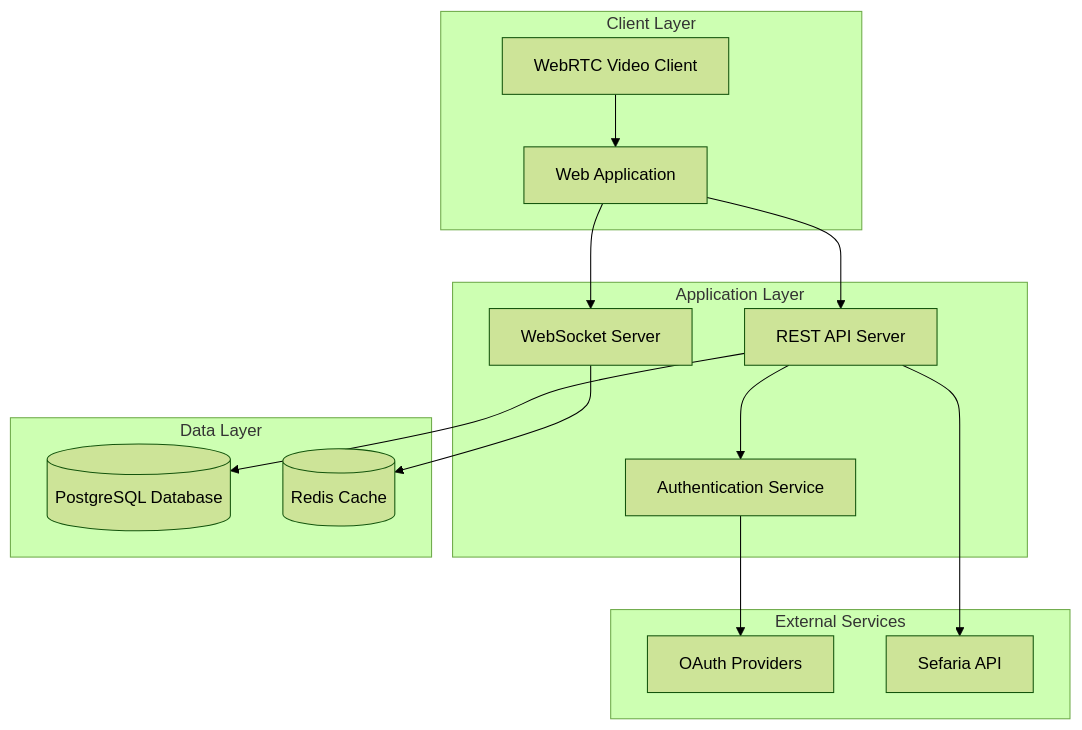
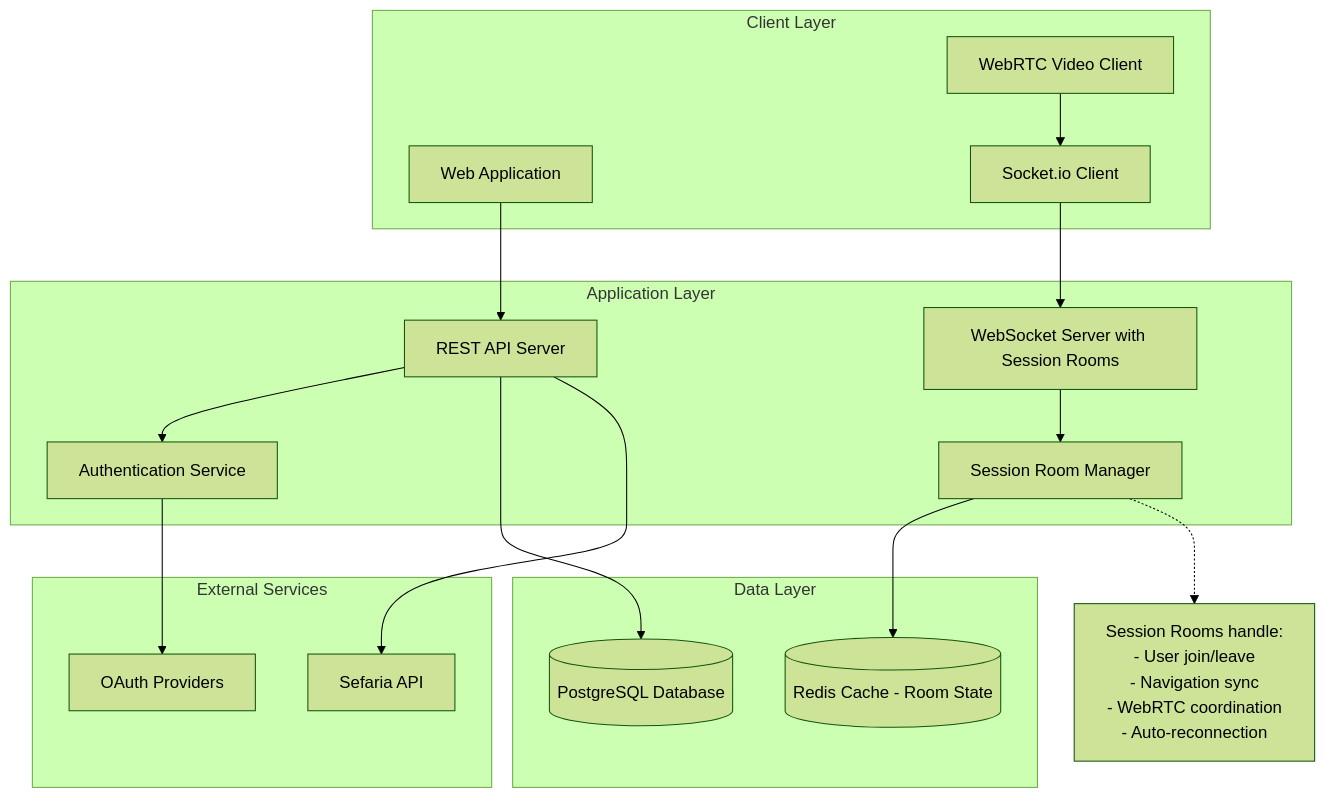
One commit to DaveDushi/Havruta-Kiro changed the first of 2 diagrams in .kiro/specs/havruta-platform/design.md. Above: the diagram before and after it, drawn with Mermaid (forest theme). The commit also changed other lines of this file and 50 other files, not shown here.

Commit message:
added redis for better room handling

````diff
--- a/.kiro/specs/havruta-platform/design.md
+++ b/.kiro/specs/havruta-platform/design.md
@@ -13,32 +13,38 @@
 ```mermaid
 graph TB
     subgraph "Client Layer"
         WEB[Web Application]
         VIDEO[WebRTC Video Client]
+        SOCKET[Socket.io Client]
     end
     
     subgraph "Application Layer"
         API[REST API Server]
-        WS[WebSocket Server]
+        WS[WebSocket Server with Session Rooms]
         AUTH[Authentication Service]
+        ROOMS[Session Room Manager]
     end
     
     subgraph "Data Layer"
         DB[(PostgreSQL Database)]
-        CACHE[(Redis Cache)]
+        CACHE[(Redis Cache - Room State)]
     end
     
     subgraph "External Services"
         OAUTH[OAuth Providers]
         SEFARIA[Sefaria API]
     end
     
     WEB --> API
-    WEB --> WS
-    VIDEO --> WEB
+    SOCKET --> WS
+    VIDEO --> SOCKET
+    WS --> ROOMS
+    ROOMS --> CACHE
     API --> AUTH
     API --> DB
-    WS --> CACHE
     AUTH --> OAUTH
     API --> SEFARIA
+    
+    note1[Session Rooms handle:<br/>- User join/leave<br/>- Navigation sync<br/>- WebRTC coordination<br/>- Auto-reconnection]
+    ROOMS -.-> note1
 ```
````
